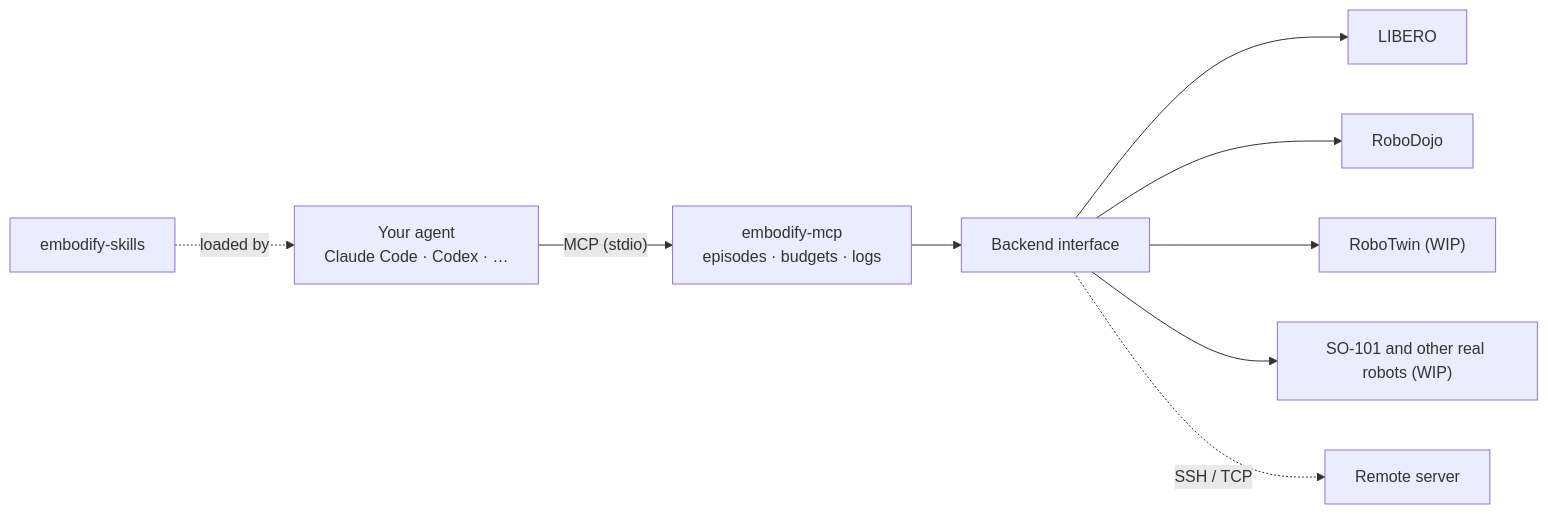
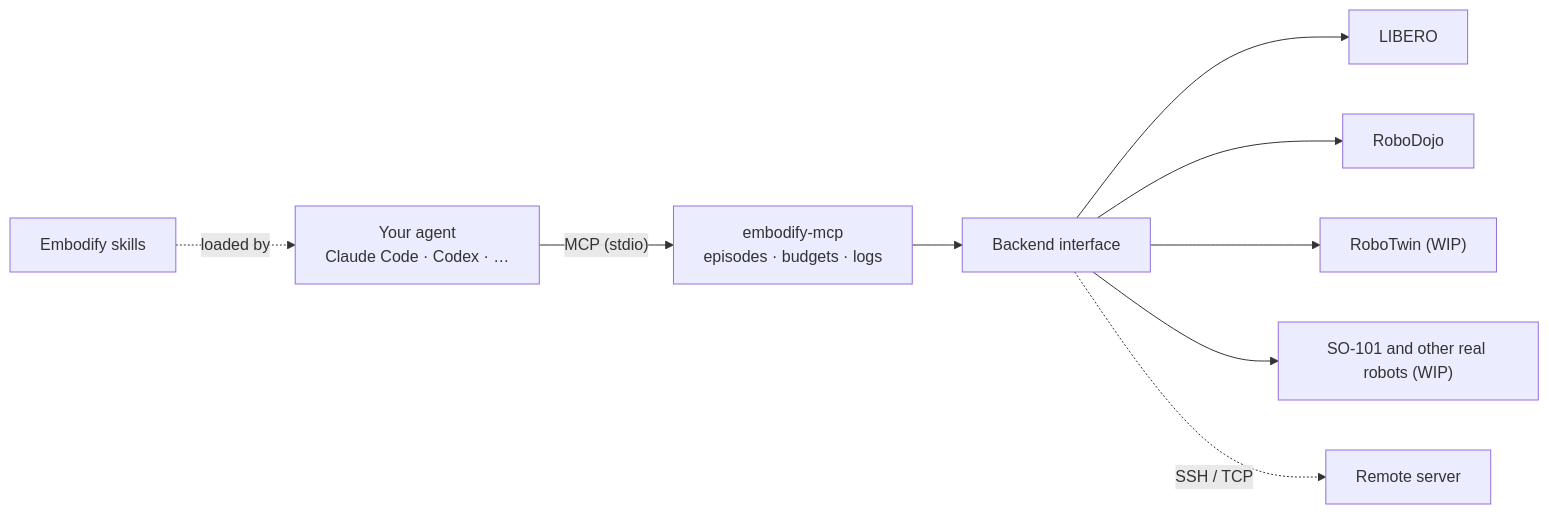
One commit to YidaYang/embodify changed the diagram in README.md. Above: the diagram before and after it, drawn with Mermaid. The commit also changed other lines of this file and 28 other files, not shown here.

````diff
--- a/README.md
+++ b/README.md
@@ -78,11 +78,11 @@
 ```mermaid
 flowchart LR
   A["Your agent<br/>Claude Code · Codex · …"] -- "MCP (stdio)" --> B["embodify-mcp<br/>episodes · budgets · logs"]
-  K["embodify-skills"] -. "loaded by" .-> A
+  K["Embodify skills"] -. "loaded by" .-> A
   B --> I["Backend interface"]
   I --> L["LIBERO"]
   I --> R["RoboDojo"]
   I --> T["RoboTwin (WIP)"]
   I --> H["SO-101 and other real robots (WIP)"]
   I -. "SSH / TCP" .-> G["Remote server"]
 ```
````
